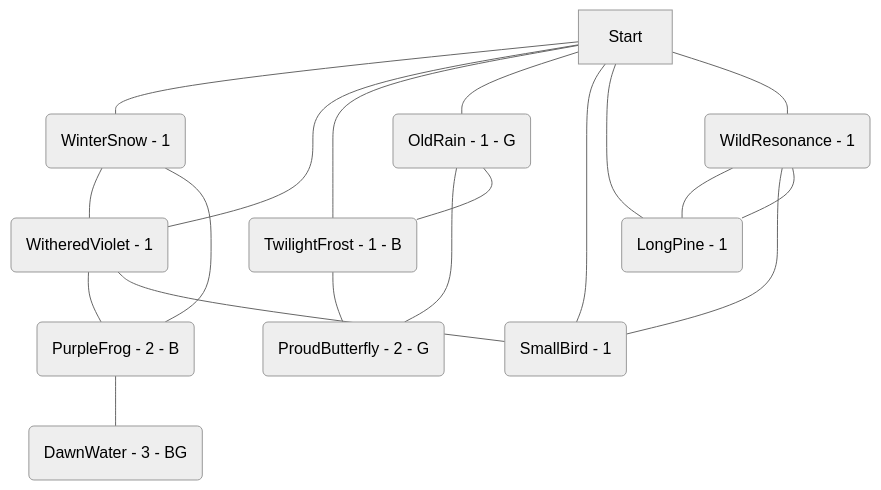
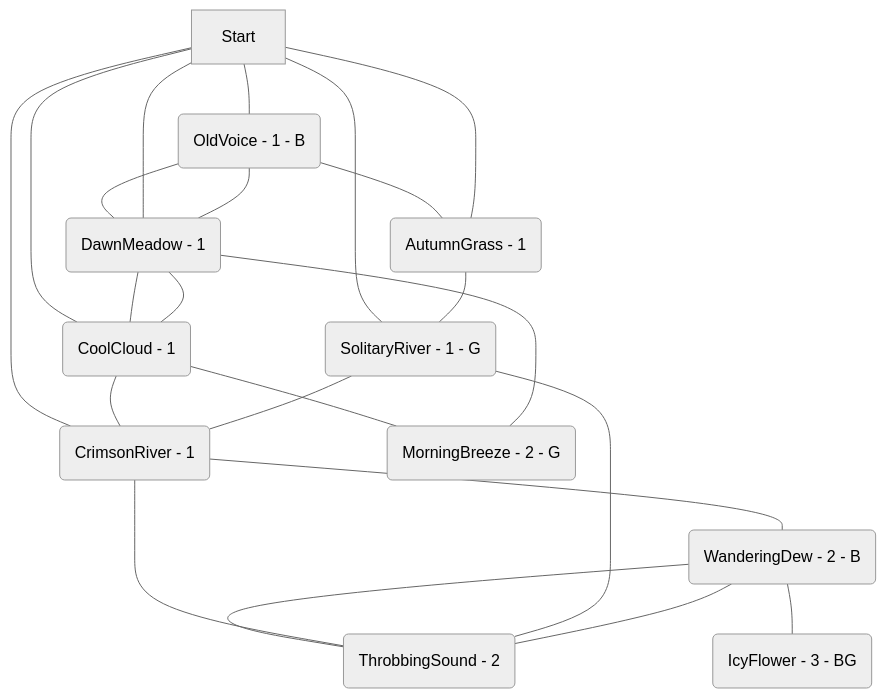
One commit to kinostl/Automatic-Liberation-Map changed the diagram in examples/001.md. Above: the diagram before and after it, drawn with Mermaid (neutral theme). The commit also changed other lines of this file and 9 other files, not shown here.

````diff
--- a/examples/001.md
+++ b/examples/001.md
@@ -3,21 +4,25 @@
 ```mermaid  
 flowchart TD  
-	gZfkqPlh(WildResonance - 1) --- YKBuPFkU(LongPine - 1)  
-	YKBuPFkU(LongPine - 1) --- gZfkqPlh(WildResonance - 1)  
-	wIiAYfgM(PurpleFrog - 2 - B) --- MLKFnwVS(DawnWater - 3 - BG)  
-	Start --- iURVsxjQ(WinterSnow - 1)  
-	Start --- lgBcZPTe(WitheredViolet - 1)  
-	eWTivFbz(TwilightFrost - 1 - B) --- HLcPqNfn(ProudButterfly - 2 - G)  
-	lgBcZPTe(WitheredViolet - 1) --- wIiAYfgM(PurpleFrog - 2 - B)  
-	Start --- eWTivFbz(TwilightFrost - 1 - B)  
-	Start --- LZIVAkXO(OldRain - 1 - G)  
-	Start --- RbDlMVuz(SmallBird - 1)  
-	LZIVAkXO(OldRain - 1 - G) --- HLcPqNfn(ProudButterfly - 2 - G)  
-	iURVsxjQ(WinterSnow - 1) --- lgBcZPTe(WitheredViolet - 1)  
-	lgBcZPTe(WitheredViolet - 1) --- RbDlMVuz(SmallBird - 1)  
-	gZfkqPlh(WildResonance - 1) --- RbDlMVuz(SmallBird - 1)  
-	LZIVAkXO(OldRain - 1 - G) --- eWTivFbz(TwilightFrost - 1 - B)  
-	Start --- YKBuPFkU(LongPine - 1)  
-	iURVsxjQ(WinterSnow - 1) --- wIiAYfgM(PurpleFrog - 2 - B)  
-	Start --- gZfkqPlh(WildResonance - 1)  
+	Start --- TqnhWYmI(CrimsonRiver - 1)  
+	kqtNXrCT(CoolCloud - 1) --- vwOugFHS(MorningBreeze - 2 - G)  
+	DTtvaOzA(OldVoice - 1 - B) --- fJjqAzdp(AutumnGrass - 1)  
+	Start --- DTtvaOzA(OldVoice - 1 - B)  
+	kqtNXrCT(CoolCloud - 1) --- TqnhWYmI(CrimsonRiver - 1)  
+	DTtvaOzA(OldVoice - 1 - B) --- NvXzbKtc(DawnMeadow - 1)  
+	mUyPwusl(WanderingDew - 2 - B) --- PlauQvUR(ThrobbingSound - 2)  
+	NvXzbKtc(DawnMeadow - 1) --- vwOugFHS(MorningBreeze - 2 - G)  
+	TqnhWYmI(CrimsonRiver - 1) --- mUyPwusl(WanderingDew - 2 - B)  
+	Start --- kqtNXrCT(CoolCloud - 1)  
+	NvXzbKtc(DawnMeadow - 1) --- DTtvaOzA(OldVoice - 1 - B)  
+	Start --- NvXzbKtc(DawnMeadow - 1)  
+	Start --- fJjqAzdp(AutumnGrass - 1)  
+	kqtNXrCT(CoolCloud - 1) --- NvXzbKtc(DawnMeadow - 1)  
+	TqnhWYmI(CrimsonRiver - 1) --- PlauQvUR(ThrobbingSound - 2)  
+	Start --- bxqgLoOE(SolitaryRiver - 1 - G)  
+	bxqgLoOE(SolitaryRiver - 1 - G) --- PlauQvUR(ThrobbingSound - 2)  
+	mUyPwusl(WanderingDew - 2 - B) --- bIiQeHlv(IcyFlower - 3 - BG)  
+	NvXzbKtc(DawnMeadow - 1) --- kqtNXrCT(CoolCloud - 1)  
+	PlauQvUR(ThrobbingSound - 2) --- mUyPwusl(WanderingDew - 2 - B)  
+	bxqgLoOE(SolitaryRiver - 1 - G) --- TqnhWYmI(CrimsonRiver - 1)  
+	fJjqAzdp(AutumnGrass - 1) --- bxqgLoOE(SolitaryRiver - 1 - G)  
 ```  
````
